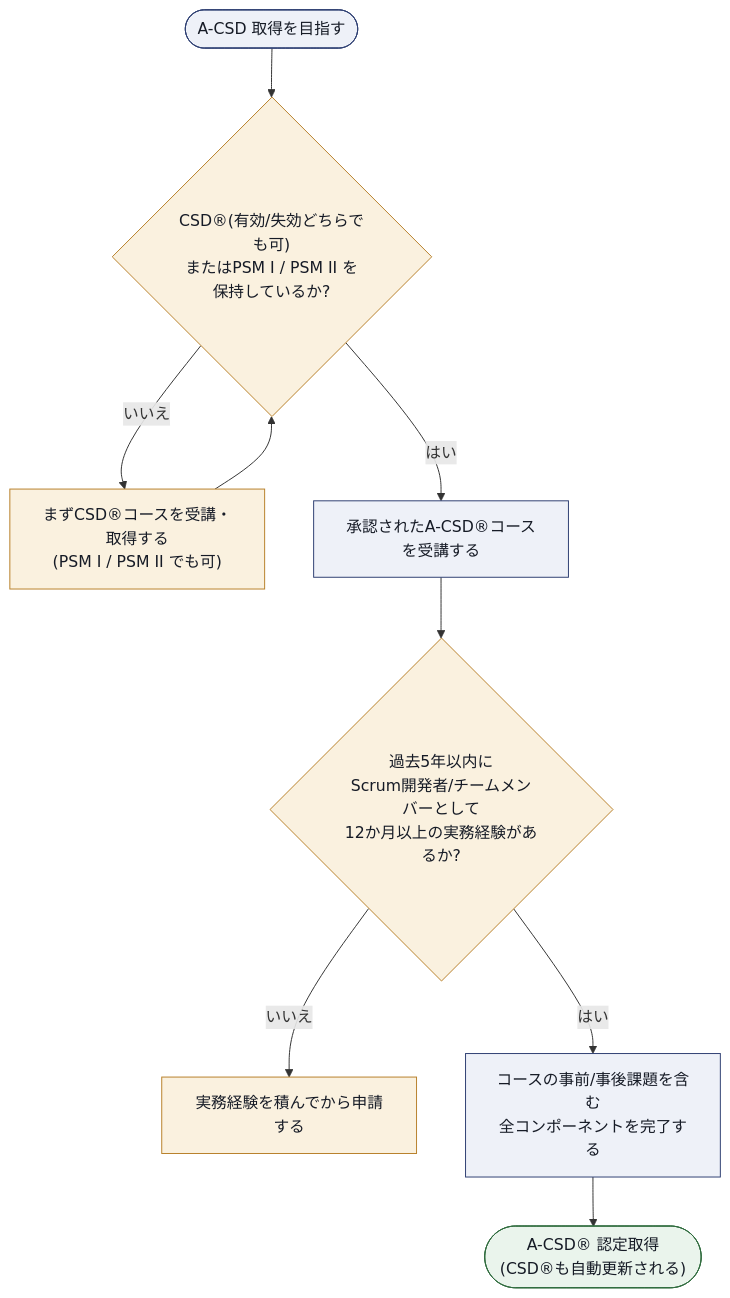
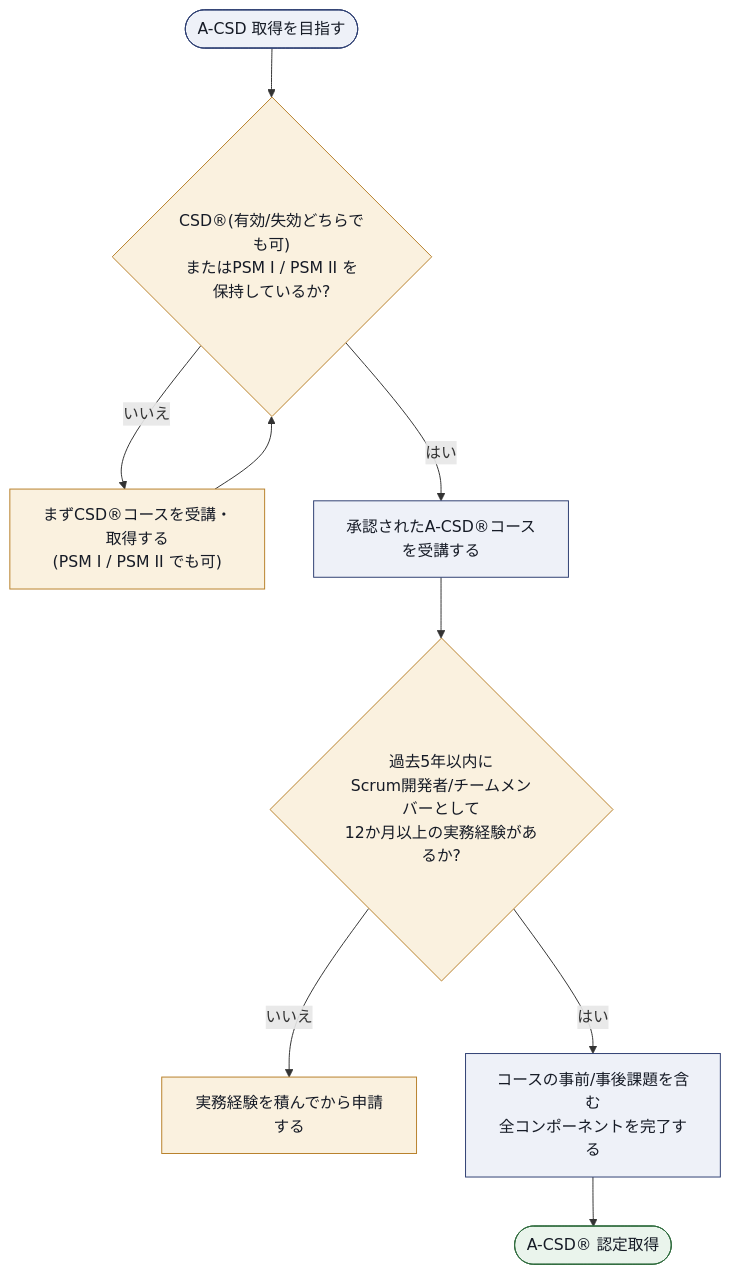
The second of 16 diagrams in A-csd-advanced-certified-scrum-developer-study-guide.md (myoshi2891/Management-Team-Building-Studies), drawn with Mermaid before and after one commit.

Commit message:
docs(diagrams): simplify certification completion label in A-CSD flowchart

````diff
--- a/A-csd-advanced-certified-scrum-developer-study-guide.md
+++ b/A-csd-advanced-certified-scrum-developer-study-guide.md
@@ -94,18 +94,18 @@
 ```mermaid
 flowchart TD
     S(["A-CSD 取得を目指す"]) --> R1{"CSD®(有効/失効どちらでも可)<br/>またはPSM I / PSM II を<br/>保持しているか?"}
     R1 -- いいえ --> G1["まずCSD®コースを受講・取得する<br/>(PSM I / PSM II でも可)"]
     G1 --> R1
     R1 -- はい --> R2["承認されたA-CSD®コースを受講する"]
     R2 --> R3{"過去5年以内に<br/>Scrum開発者/チームメンバーとして<br/>12か月以上の実務経験があるか?"}
     R3 -- いいえ --> G2["実務経験を積んでから申請する"]
     R3 -- はい --> R4["コースの事前/事後課題を含む<br/>全コンポーネントを完了する"]
-    R4 --> DONE(["A-CSD® 認定取得<br/>(CSD®も自動更新される)"])
+    R4 --> DONE(["A-CSD® 認定取得"])
 
     classDef box fill:#EEF1F8,stroke:#2E3F72,color:#161B26
     classDef hub fill:#FAF1DF,stroke:#B8802A,color:#161B26
     classDef done fill:#EAF4EC,stroke:#2F6B3D,color:#161B26
     class S,R2,R4 box
     class R1,R3,G1,G2 hub
     class DONE done
 ```
````
